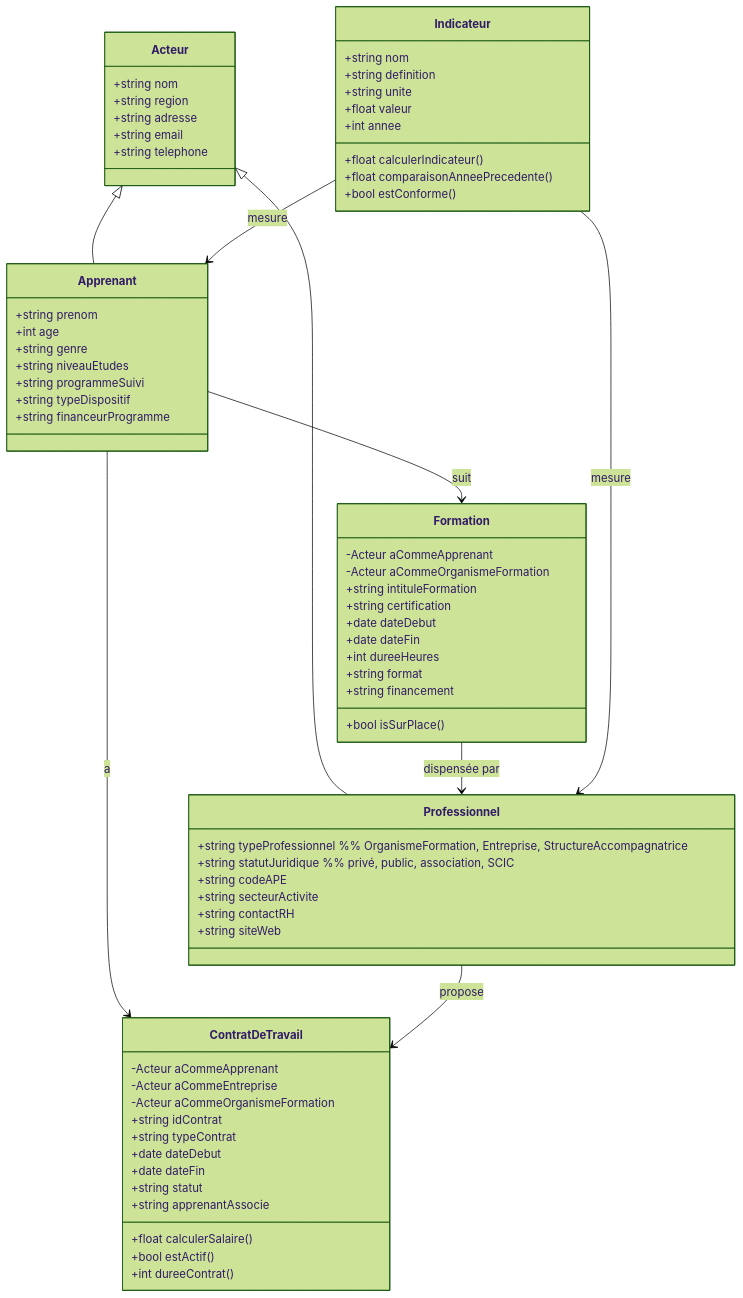
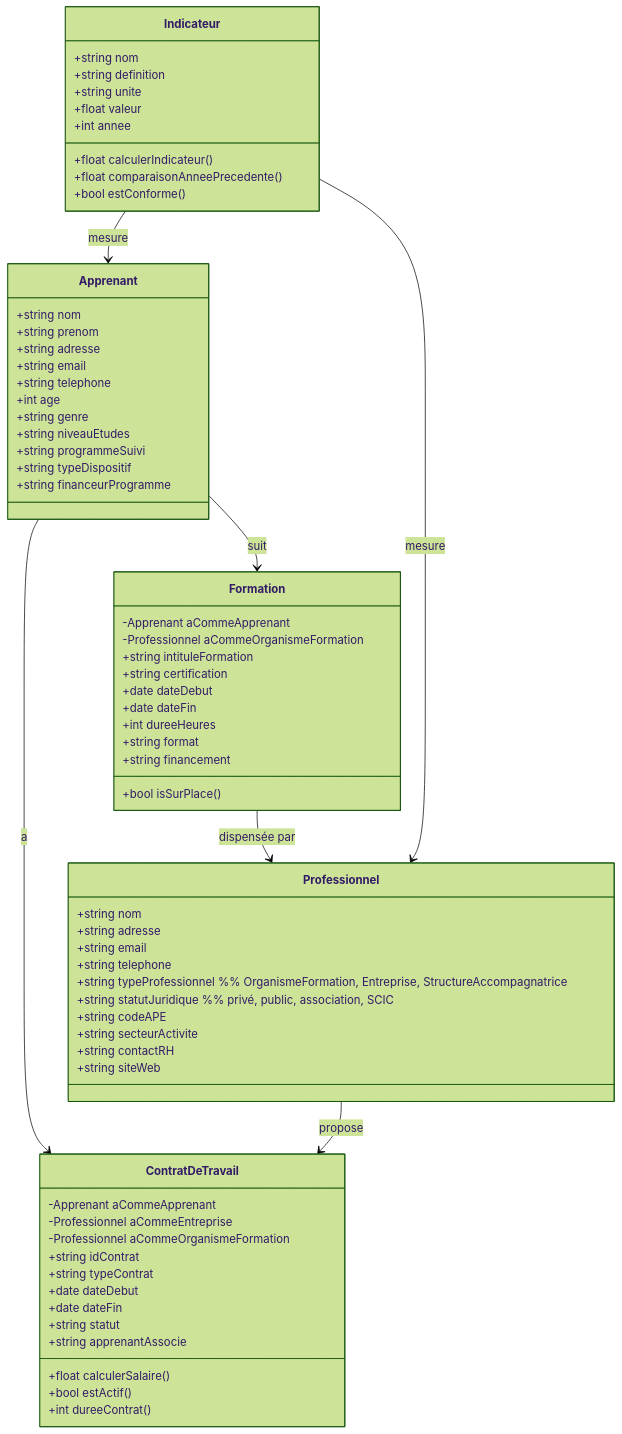
The diagram in acteurs.md (bouzidifatimazohra00-ux/inclusion-numerique-93), drawn with Mermaid (forest theme) before and after one commit.

Commit message:
Refactor class relationships in acteurs.md

````diff
--- a/acteurs.md
+++ b/acteurs.md
@@ -1,80 +1,77 @@
 ```mermaid
 classDiagram
-Acteur <|-- Apprenant
-Acteur <|-- Professionnel
-
-class Acteur {
+class Apprenant {
   +string nom
-  +string region
+  +string prenom
   +string adresse
   +string email
   +string telephone
-}
-
-class Apprenant {
-  +string prenom
   +int age
   +string genre
   +string niveauEtudes
   +string programmeSuivi
   +string typeDispositif
   +string financeurProgramme
 }
 
 class Professionnel {
+  +string nom
+  +string adresse
+  +string email
+  +string telephone
   +string typeProfessionnel      %% OrganismeFormation, Entreprise, StructureAccompagnatrice
   +string statutJuridique        %% privé, public, association, SCIC
   +string codeAPE
   +string secteurActivite
   +string contactRH
   +string siteWeb
 }
 
 class ContratDeTravail {
-  -Acteur aCommeApprenant
-  -Acteur aCommeEntreprise
-  -Acteur aCommeOrganismeFormation
+  -Apprenant aCommeApprenant
+  -Professionnel aCommeEntreprise
+  -Professionnel aCommeOrganismeFormation
   +string idContrat
   +string typeContrat
   +date dateDebut
   +date dateFin
   +string statut
   +string apprenantAssocie
   +float calculerSalaire()     
   +bool estActif()
   +int dureeContrat()
 }
 
 class Formation {
-  -Acteur aCommeApprenant
-  -Acteur aCommeOrganismeFormation
+  -Apprenant aCommeApprenant
+  -Professionnel aCommeOrganismeFormation
   +string intituleFormation
   +string certification
   +date dateDebut
   +date dateFin
   +int dureeHeures
   +string format
   +string financement
   +bool isSurPlace()
 }
 
 class Indicateur {
   +string nom
   +string definition
   +string unite
   +float valeur
   +int annee
   +float calculerIndicateur()
   +float comparaisonAnneePrecedente()
   +bool estConforme()
 }
 
 %% Relations simplifiées
 Apprenant --> Formation : suit
 Apprenant --> ContratDeTravail : a
 Professionnel --> ContratDeTravail : propose
 Formation --> Professionnel : dispensée par
 Indicateur --> Apprenant : mesure
 Indicateur --> Professionnel : mesure
 
 ```
````
